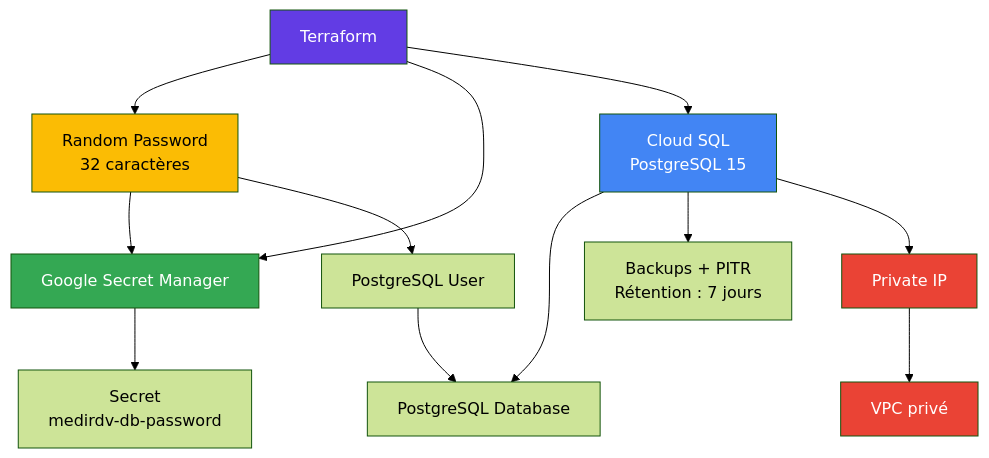
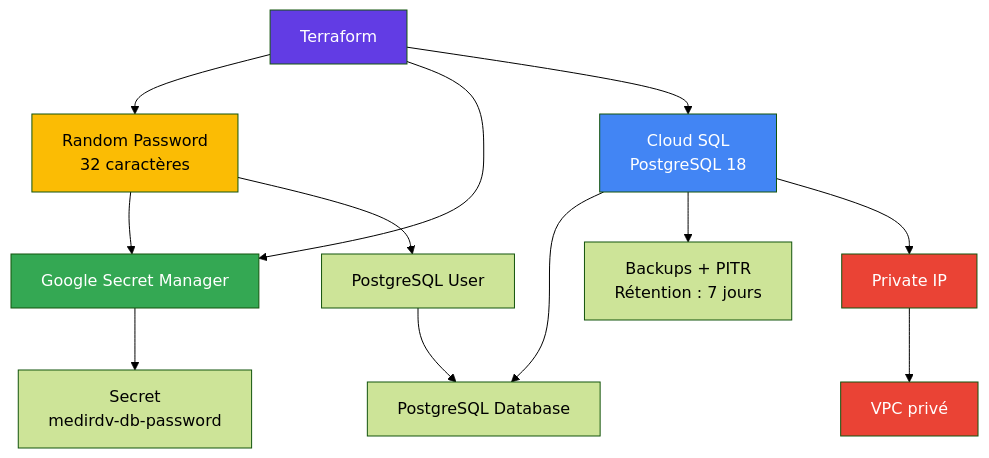
The first of 4 diagrams in terraform/modules/database/README.md (ismael-belghazi/medirdv), drawn with Mermaid (forest theme) before and after one commit. The commit also changed other lines of this file and 1 other file, not shown here.

Commit message:
upgrade Cloud SQL PostgreSQL to 18

````diff
--- a/terraform/modules/database/README.md
+++ b/terraform/modules/database/README.md
@@ -7,26 +7,26 @@
 ```mermaid 
 flowchart TD
     TF["Terraform"]
 
     TF --> RP["Random Password<br/>32 caractères"]
     TF --> SM["Google Secret Manager"]
-    TF --> SQL["Cloud SQL<br/>PostgreSQL 15"]
+    TF --> SQL["Cloud SQL<br/>PostgreSQL 18"]
 
     RP --> SM
     RP --> USER["PostgreSQL User"]
     SM --> SECRET["Secret<br/>medirdv-db-password"]
 
     SQL --> DB["PostgreSQL Database"]
     SQL --> BACKUP["Backups + PITR<br/>Rétention : 7 jours"]
     SQL --> VPC["Private IP"]
     VPC --> NETWORK["VPC privé"]
 
     USER --> DB
 
     style TF fill:#623CE4,color:#fff
     style SQL fill:#4285F4,color:#fff
     style SM fill:#34A853,color:#fff
     style RP fill:#FBBC04,color:#000
     style VPC fill:#EA4335,color:#fff
     style NETWORK fill:#EA4335,color:#fff
 ```
````
